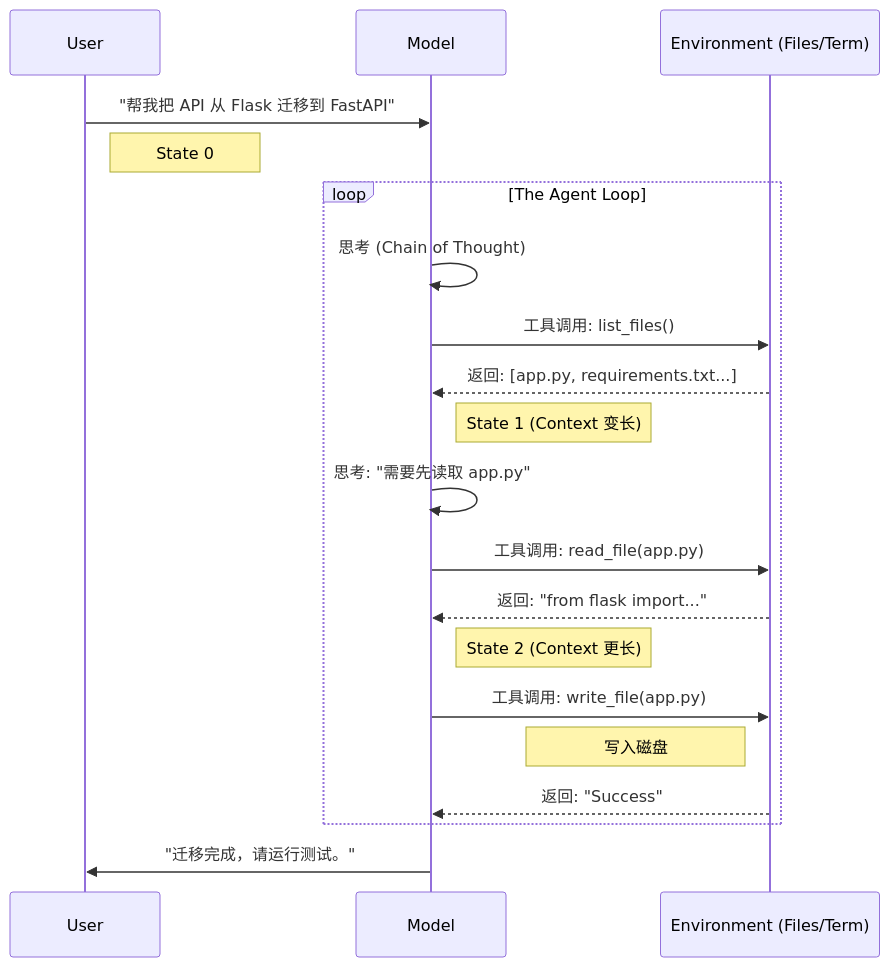
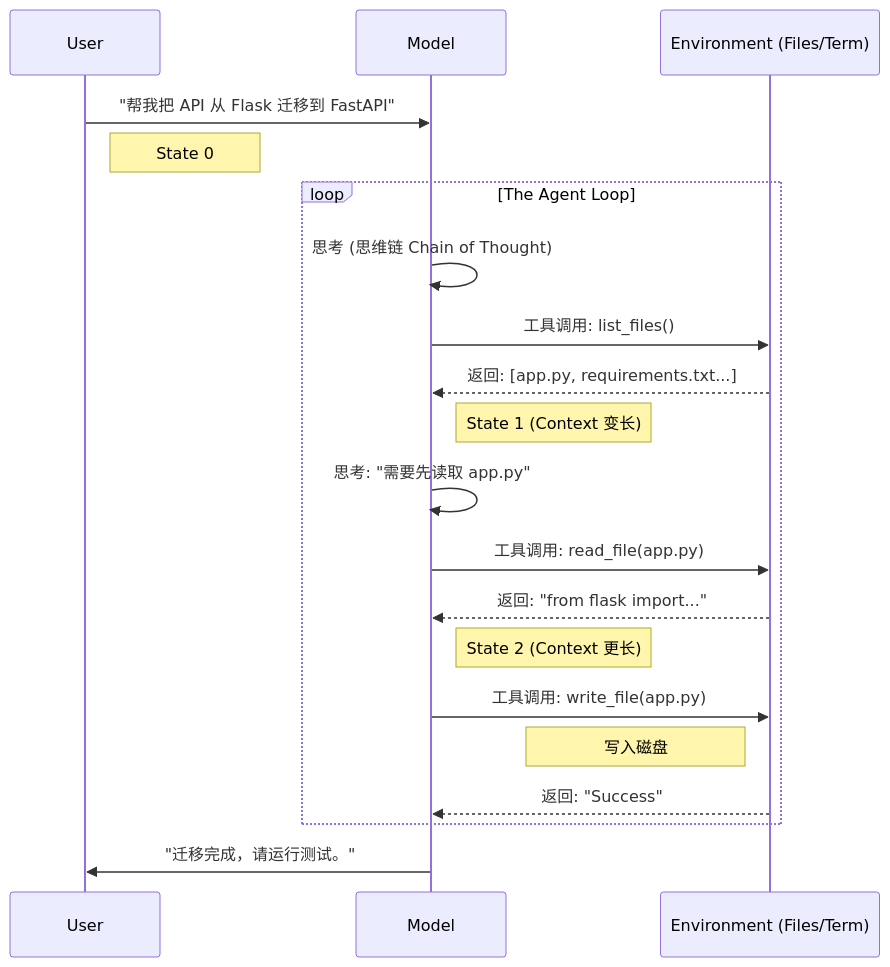
Before and after one commit to yeasy/agentic_ai_guide: the second of 2 diagrams in 11_appendix/11.6_agentic_coding.md, drawn with Mermaid. The commit also changed other lines of this file and 75 other files, not shown here.

````diff
--- a/11_appendix/11.6_agentic_coding.md
+++ b/11_appendix/11.6_agentic_coding.md
@@ -74,27 +74,27 @@
 ```mermaid
 sequenceDiagram
     participant U as User
     participant M as Model
     participant E as Environment (Files/Term)
     
     U->>M: "帮我把 API 从 Flask 迁移到 FastAPI"
     note right of U: State 0
     
     loop The Agent Loop
-        M->>M: 思考 (Chain of Thought)
+        M->>M: 思考 (思维链 Chain of Thought)
         M->>E: 工具调用: list_files()
         E-->>M: 返回: [app.py, requirements.txt...]
         note right of M: State 1 (Context 变长)
         
         M->>M: 思考: "需要先读取 app.py"
         M->>E: 工具调用: read_file(app.py)
         E-->>M: 返回: "from flask import..."
         note right of M: State 2 (Context 更长)
         
         M->>E: 工具调用: write_file(app.py)
         note left of E: 写入磁盘
         E-->>M: 返回: "Success"
     end
     
     M->>U: "迁移完成，请运行测试。"
 ```
````
